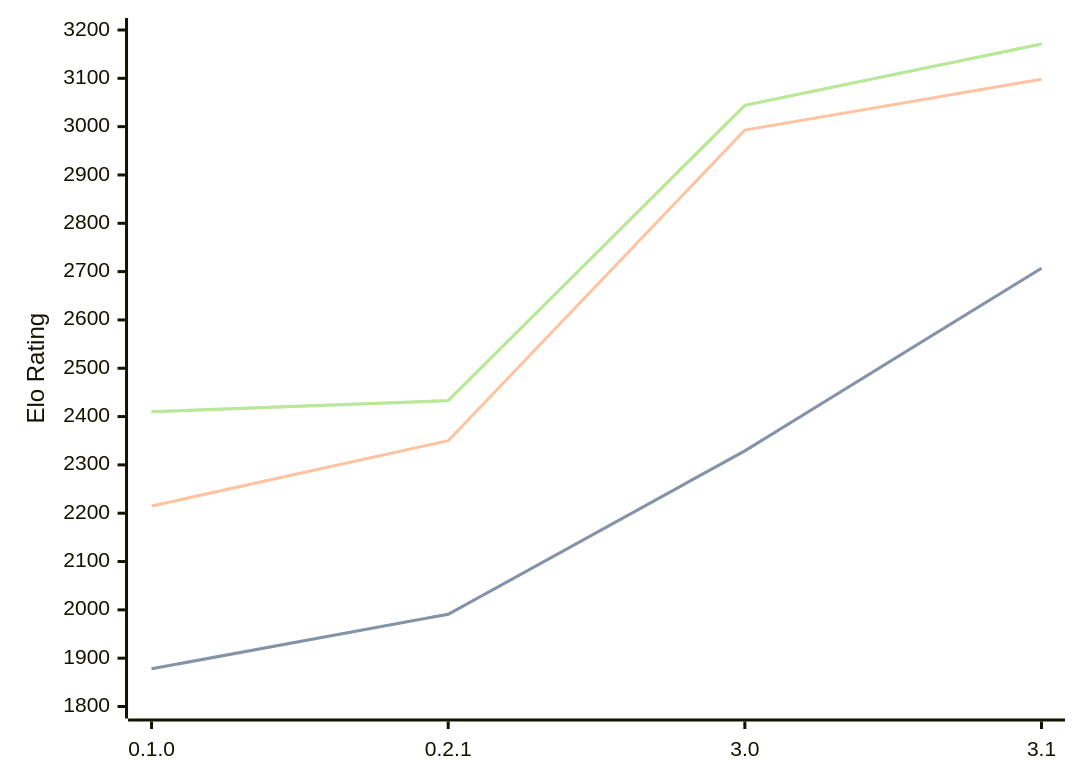
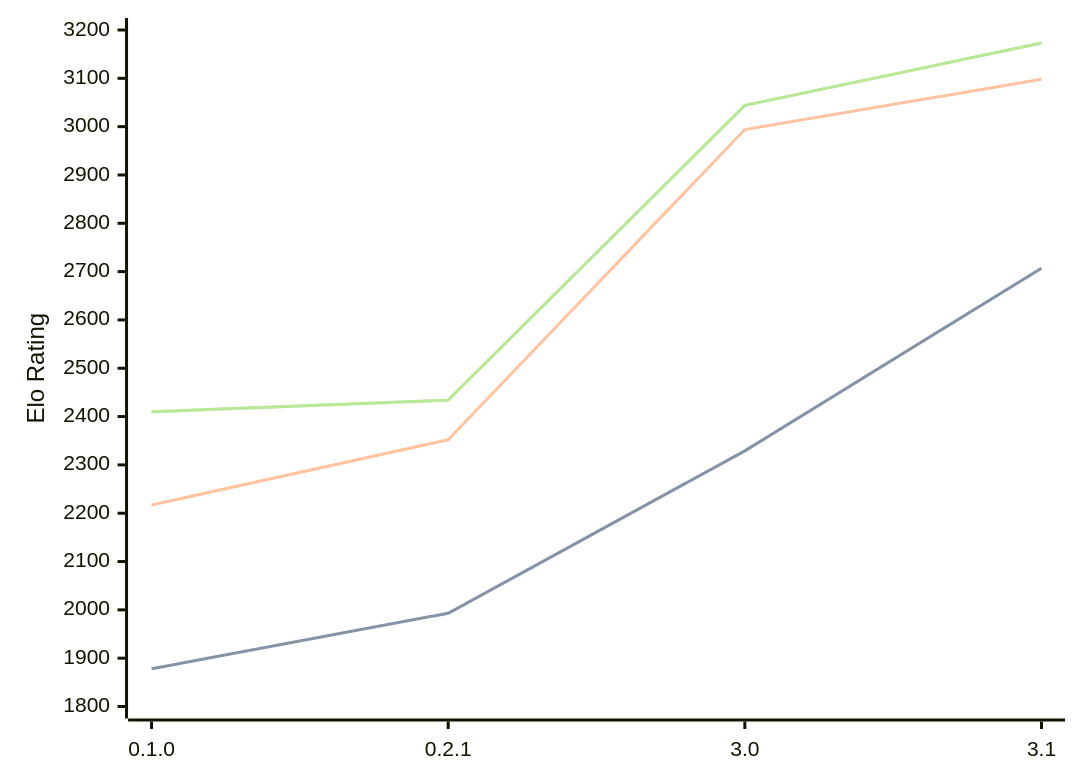
One commit to computer-chess-index/cci changed the diagram in engines/Sykora.md. Above: the diagram before and after it, drawn with Mermaid. The commit also changed other lines of this file, not shown here.

Commit message:
Update CCI Ratings (ELO VLTC) - 2026-07-25

````diff
--- a/engines/Sykora.md
+++ b/engines/Sykora.md
@@ -35,11 +35,11 @@
 ```mermaid
 %%{init: {"theme":"base","themeVariables":{"seriesColors:['#a3a3a3','#222221','#faa371']}}}%%
 xychart-beta
   x-axis ["0.1.0", "0.2.1", "3.0", "3.1"]
   y-axis "Elo Rating" 1800 --> 3200
-  line "STC (8.0+0.08s)" [1878, 1991, 2329, 2707]
-  line "STC (8.0+0.08s)" [1878, 1991, 2329, 2707]
-  line "LTC (60.0+0.60s)" [2215, 2350, 2993, 3098]
-  line "VLTC (2m24s+1.12s)" [2410, 2433, 3044, 3171]
-  line "VLTC (2m24s+1.12s)" [2410, 2433, 3044, 3171]
+  line "STC (8.0+0.08s)" [1878, 1993, 2329, 2707]
+  line "STC (8.0+0.08s)" [1878, 1993, 2329, 2707]
+  line "LTC (60.0+0.60s)" [2217, 2352, 2994, 3098]
+  line "VLTC (2m24s+1.12s)" [2410, 2434, 3044, 3173]
+  line "VLTC (2m24s+1.12s)" [2410, 2434, 3044, 3173]
 ```
````
